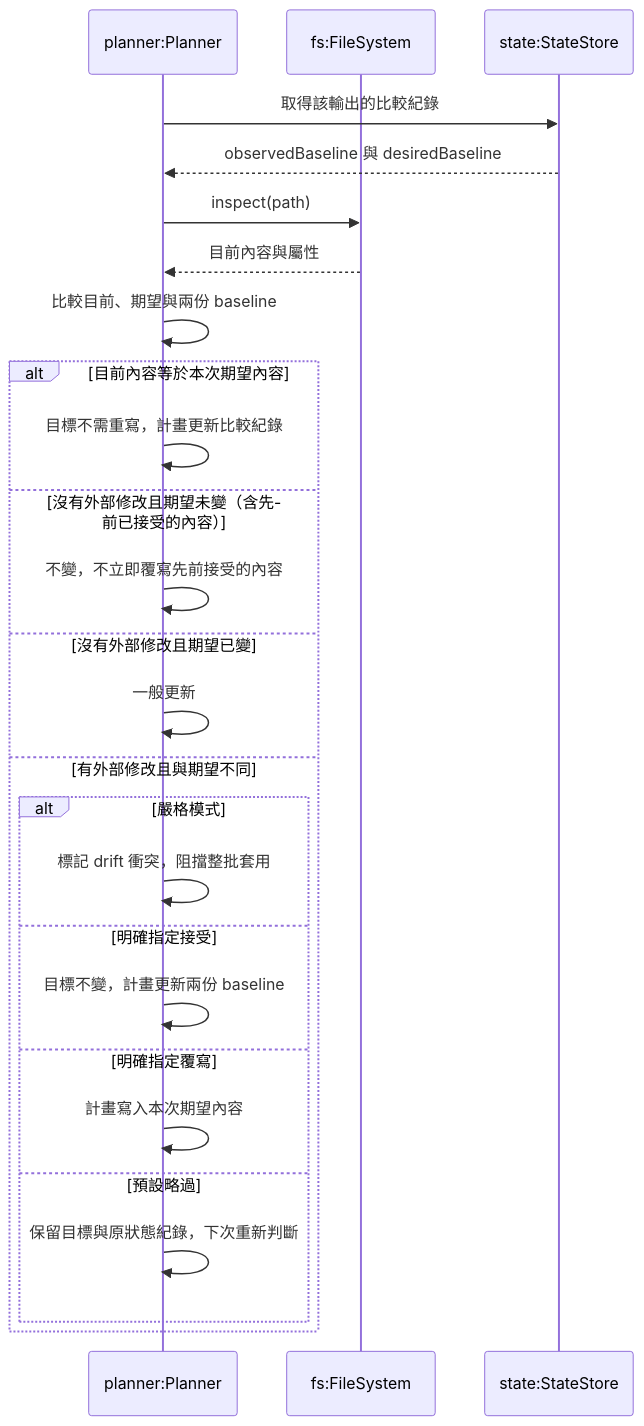
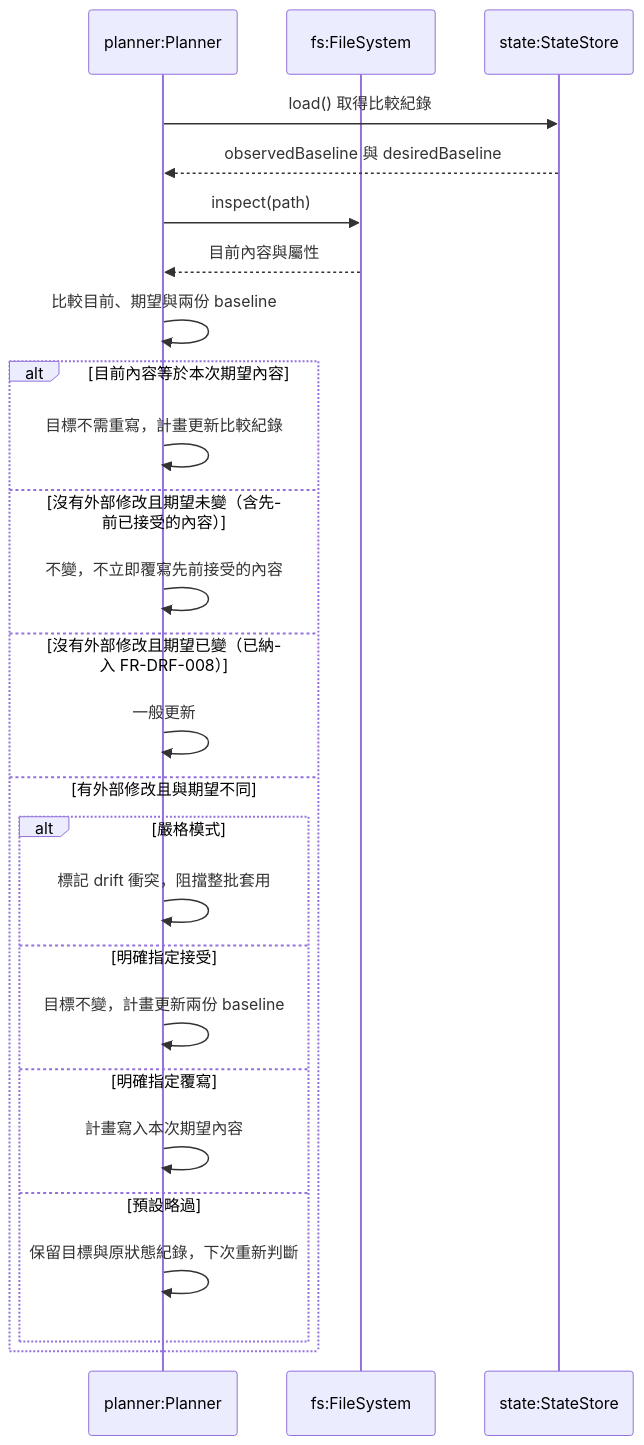
The seventh of 10 diagrams in docs/03-preliminary-design/uml.md (accidental-two-timer-sam-woof/rosamta-waterfall), drawn with Mermaid before and after one commit. The commit also changed other lines of this file, not shown here.

Commit message:
docs: fix UML consistency with SRS

````diff
--- a/docs/03-preliminary-design/uml.md
+++ b/docs/03-preliminary-design/uml.md
@@ -300,28 +309,28 @@
 ```mermaid
 sequenceDiagram
     participant P as planner:Planner
     participant F as fs:FileSystem
     participant S as state:StateStore
-    P->>S: 取得該輸出的比較紀錄
+    P->>S: load() 取得比較紀錄
     S-->>P: observedBaseline 與 desiredBaseline
     P->>F: inspect(path)
     F-->>P: 目前內容與屬性
     P->>P: 比較目前、期望與兩份 baseline
     alt 目前內容等於本次期望內容
         P->>P: 目標不需重寫，計畫更新比較紀錄
     else 沒有外部修改且期望未變（含先前已接受的內容）
         P->>P: 不變，不立即覆寫先前接受的內容
-    else 沒有外部修改且期望已變
+    else 沒有外部修改且期望已變（已納入 FR-DRF-008）
         P->>P: 一般更新
     else 有外部修改且與期望不同
         alt 嚴格模式
             P->>P: 標記 drift 衝突，阻擋整批套用
         else 明確指定接受
             P->>P: 目標不變，計畫更新兩份 baseline
         else 明確指定覆寫
             P->>P: 計畫寫入本次期望內容
         else 預設略過
             P->>P: 保留目標與原狀態紀錄，下次重新判斷
         end
     end
 ```
````
